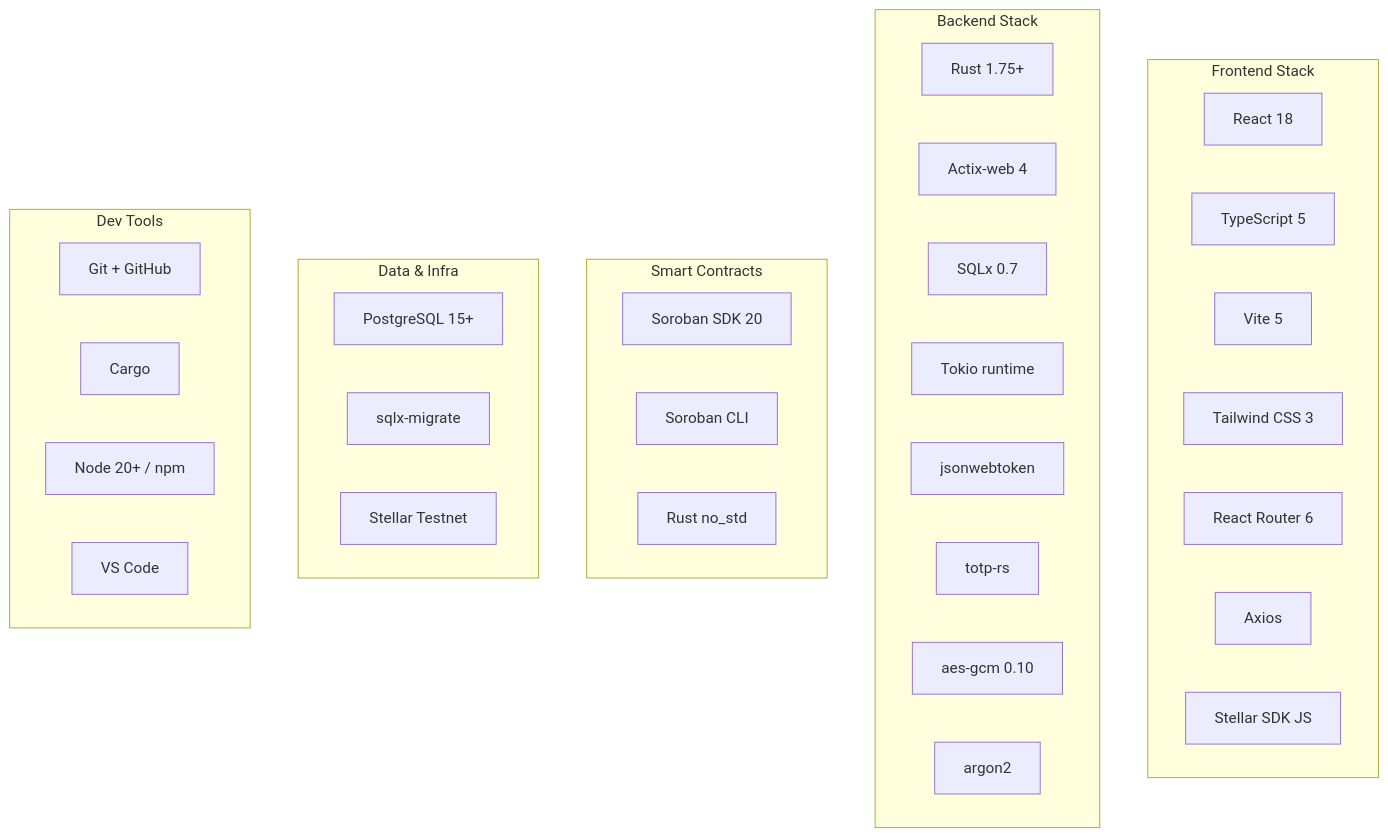
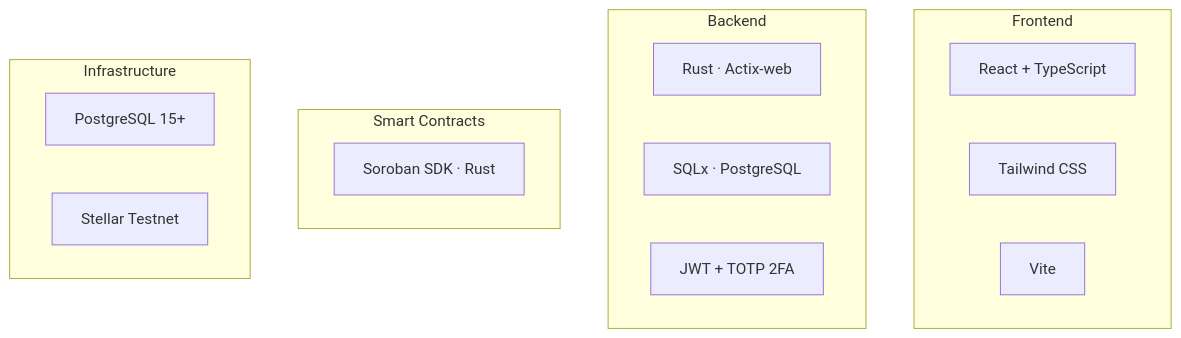
The fourth of 9 diagrams in ehr-blockchain/docs/chapter3-diagrams.md (justrhey/capstone), drawn with Mermaid before and after one commit. The commit also changed other lines of this file and 173 other files, not shown here.

````diff
--- a/ehr-blockchain/docs/chapter3-diagrams.md
+++ b/ehr-blockchain/docs/chapter3-diagrams.md
@@ -102,42 +75,23 @@
 ```mermaid
 flowchart TB
-    subgraph FE["Frontend Stack"]
-        F1[React 18]
-        F2[TypeScript 5]
-        F3[Vite 5]
-        F4[Tailwind CSS 3]
-        F5[React Router 6]
-        F6[Axios]
-        F7[Stellar SDK JS]
+    subgraph FE["Frontend"]
+        F1[React + TypeScript]
+        F2[Tailwind CSS]
+        F3[Vite]
     end
 
-    subgraph BE["Backend Stack"]
-        B1[Rust 1.75+]
-        B2[Actix-web 4]
-        B3[SQLx 0.7]
-        B4[Tokio runtime]
-        B5[jsonwebtoken]
-        B6[totp-rs]
-        B7[aes-gcm 0.10]
-        B8[argon2]
+    subgraph BE["Backend"]
+        B1[Rust · Actix-web]
+        B2[SQLx · PostgreSQL]
+        B3[JWT + TOTP 2FA]
     end
 
-    subgraph CC["Smart Contracts"]
-        C1[Soroban SDK 20]
-        C2[Soroban CLI]
-        C3[Rust no_std]
+    subgraph SC["Smart Contracts"]
+        C1[Soroban SDK · Rust]
     end
 
-    subgraph DT["Data & Infra"]
-        D1[PostgreSQL 15+]
-        D2[sqlx-migrate]
-        D3[Stellar Testnet]
-    end
-
-    subgraph TOOLS["Dev Tools"]
-        T1[Git + GitHub]
-        T2[Cargo]
-        T3[Node 20+ / npm]
-        T4[VS Code]
+    subgraph INFRA["Infrastructure"]
+        I1[PostgreSQL 15+]
+        I2[Stellar Testnet]
     end
 ```
````
